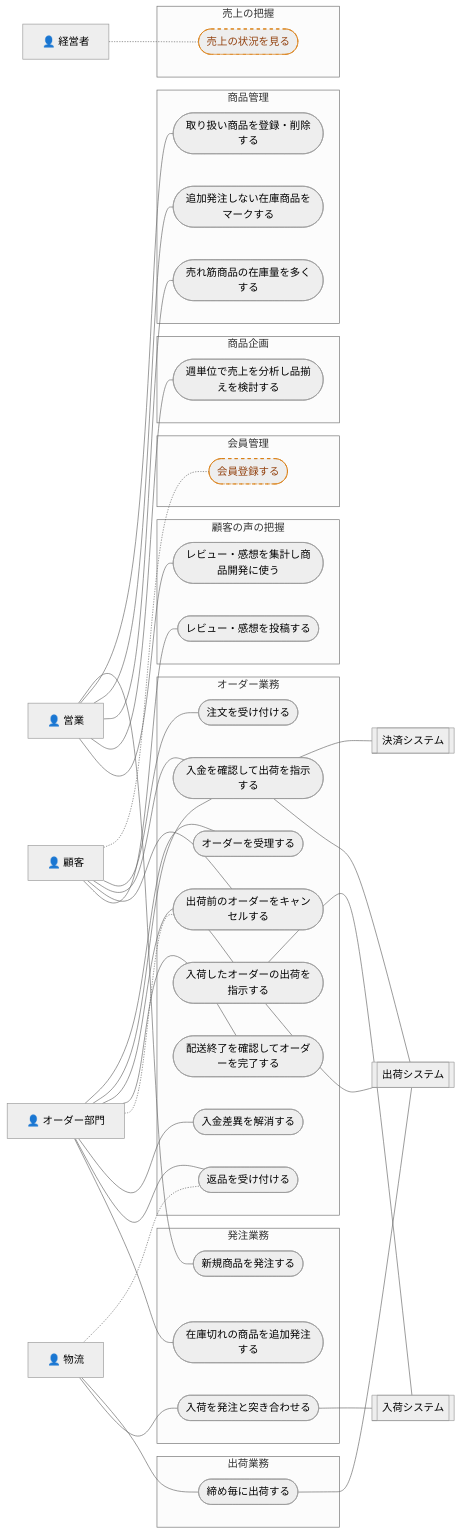
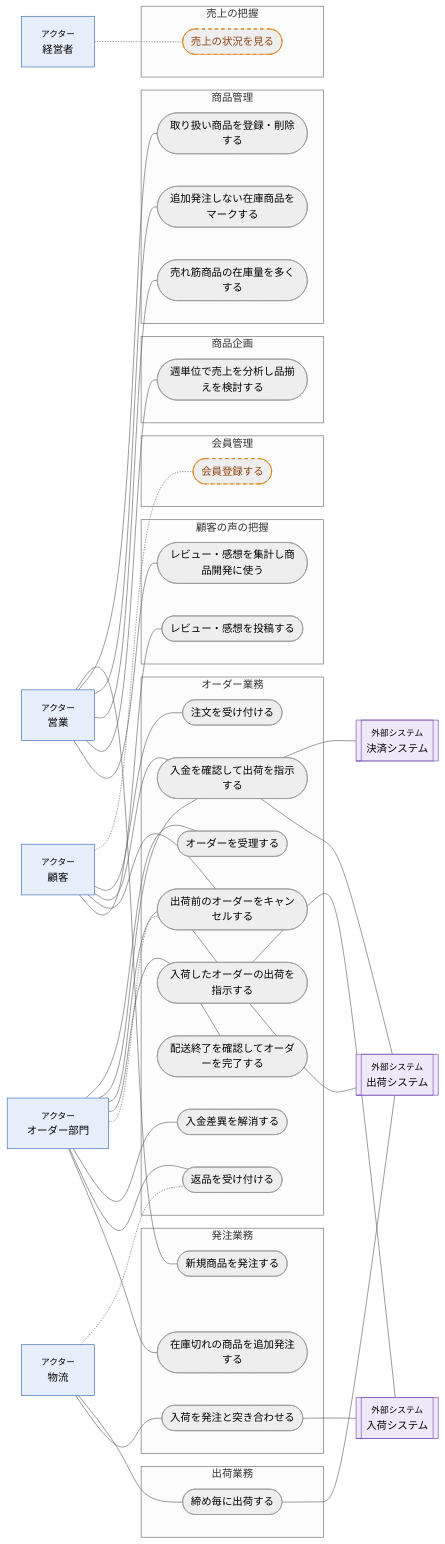
One commit to Nke0628/rdra-webapp changed the third of 37 diagrams in docs/rdra/diagrams.md. Above: the diagram before and after it, drawn with Mermaid (neutral theme). The commit also changed other lines of this file and 2 other files, not shown here.

Commit message:
rdra: アクターと外部システムの図を UC 複合図と同じ形・色に

````diff
--- a/docs/rdra/diagrams.md
+++ b/docs/rdra/diagrams.md
@@ -136,70 +140,74 @@
 ```mermaid
 flowchart LR
   subgraph g1["会員管理"]
     b2(["会員登録する"])
   end
   subgraph g3["オーダー業務"]
     b4(["注文を受け付ける"])
     b5(["オーダーを受理する"])
     b6(["入金を確認して出荷を指示する"])
     b7(["入荷したオーダーの出荷を指示する"])
     b8(["配送終了を確認してオーダーを完了する"])
     b9(["出荷前のオーダーをキャンセルする"])
     b10(["入金差異を解消する"])
     b11(["返品を受け付ける"])
   end
   subgraph g12["出荷業務"]
     b13(["締め毎に出荷する"])
   end
   subgraph g14["発注業務"]
     b15(["在庫切れの商品を追加発注する"])
     b16(["新規商品を発注する"])
     b17(["入荷を発注と突き合わせる"])
   end
   subgraph g18["商品管理"]
     b19(["取り扱い商品を登録・削除する"])
     b20(["追加発注しない在庫商品をマークする"])
     b21(["売れ筋商品の在庫量を多くする"])
   end
   subgraph g22["商品企画"]
     b23(["週単位で売上を分析し品揃えを検討する"])
   end
   subgraph g24["売上の把握"]
     b25(["売上の状況を見る"])
   end
   subgraph g26["顧客の声の把握"]
     b27(["レビュー・感想を投稿する"])
     b28(["レビュー・感想を集計し商品開発に使う"])
   end
-  a29["👤 顧客"] -.- b2
-  a29["👤 顧客"] --- b4
-  a30["👤 オーダー部門"] --- b5
-  a29["👤 顧客"] --- b6
-  a30["👤 オーダー部門"] --- b6
-  b6 --- e31[["決済システム"]]
-  b6 --- e32[["出荷システム"]]
-  a30["👤 オーダー部門"] --- b7
-  b7 --- e33[["入荷システム"]]
-  b7 --- e32[["出荷システム"]]
-  a30["👤 オーダー部門"] --- b8
-  a29["👤 顧客"] --- b9
-  a30["👤 オーダー部門"] -.- b9
-  a30["👤 オーダー部門"] --- b10
-  a30["👤 オーダー部門"] --- b11
-  a34["👤 物流"] -.- b11
-  a34["👤 物流"] --- b13
-  b13 --- e32[["出荷システム"]]
-  a30["👤 オーダー部門"] --- b15
-  a35["👤 営業"] --- b16
-  a34["👤 物流"] --- b17
-  b17 --- e33[["入荷システム"]]
-  a35["👤 営業"] --- b19
-  a35["👤 営業"] --- b20
-  a35["👤 営業"] --- b21
-  a35["👤 営業"] --- b23
-  a36["👤 経営者"] -.- b25
-  a29["👤 顧客"] --- b27
-  a35["👤 営業"] --- b28
+  a29["<small>アクター</small><br/>顧客"] -.- b2
+  a29["<small>アクター</small><br/>顧客"] --- b4
+  a30["<small>アクター</small><br/>オーダー部門"] --- b5
+  a29["<small>アクター</small><br/>顧客"] --- b6
+  a30["<small>アクター</small><br/>オーダー部門"] --- b6
+  b6 --- e31[["<small>外部システム</small><br/>決済システム"]]
+  b6 --- e32[["<small>外部システム</small><br/>出荷システム"]]
+  a30["<small>アクター</small><br/>オーダー部門"] --- b7
+  b7 --- e33[["<small>外部システム</small><br/>入荷システム"]]
+  b7 --- e32[["<small>外部システム</small><br/>出荷システム"]]
+  a30["<small>アクター</small><br/>オーダー部門"] --- b8
+  a29["<small>アクター</small><br/>顧客"] --- b9
+  a30["<small>アクター</small><br/>オーダー部門"] -.- b9
+  a30["<small>アクター</small><br/>オーダー部門"] --- b10
+  a30["<small>アクター</small><br/>オーダー部門"] --- b11
+  a34["<small>アクター</small><br/>物流"] -.- b11
+  a34["<small>アクター</small><br/>物流"] --- b13
+  b13 --- e32[["<small>外部システム</small><br/>出荷システム"]]
+  a30["<small>アクター</small><br/>オーダー部門"] --- b15
+  a35["<small>アクター</small><br/>営業"] --- b16
+  a34["<small>アクター</small><br/>物流"] --- b17
+  b17 --- e33[["<small>外部システム</small><br/>入荷システム"]]
+  a35["<small>アクター</small><br/>営業"] --- b19
+  a35["<small>アクター</small><br/>営業"] --- b20
+  a35["<small>アクター</small><br/>営業"] --- b21
+  a35["<small>アクター</small><br/>営業"] --- b23
+  a36["<small>アクター</small><br/>経営者"] -.- b25
+  a29["<small>アクター</small><br/>顧客"] --- b27
+  a35["<small>アクター</small><br/>営業"] --- b28
+  classDef kActor fill:#e6eefa,stroke:#3b6fb6
+  classDef kExt fill:#efe8f8,stroke:#7a52b3
+  class a29,a30,a34,a35,a36 kActor
+  class e31,e32,e33 kExt
   classDef hyp stroke-dasharray:5 5,stroke:#d97706,color:#92400e
   class b2,b25 hyp
 ```
````
